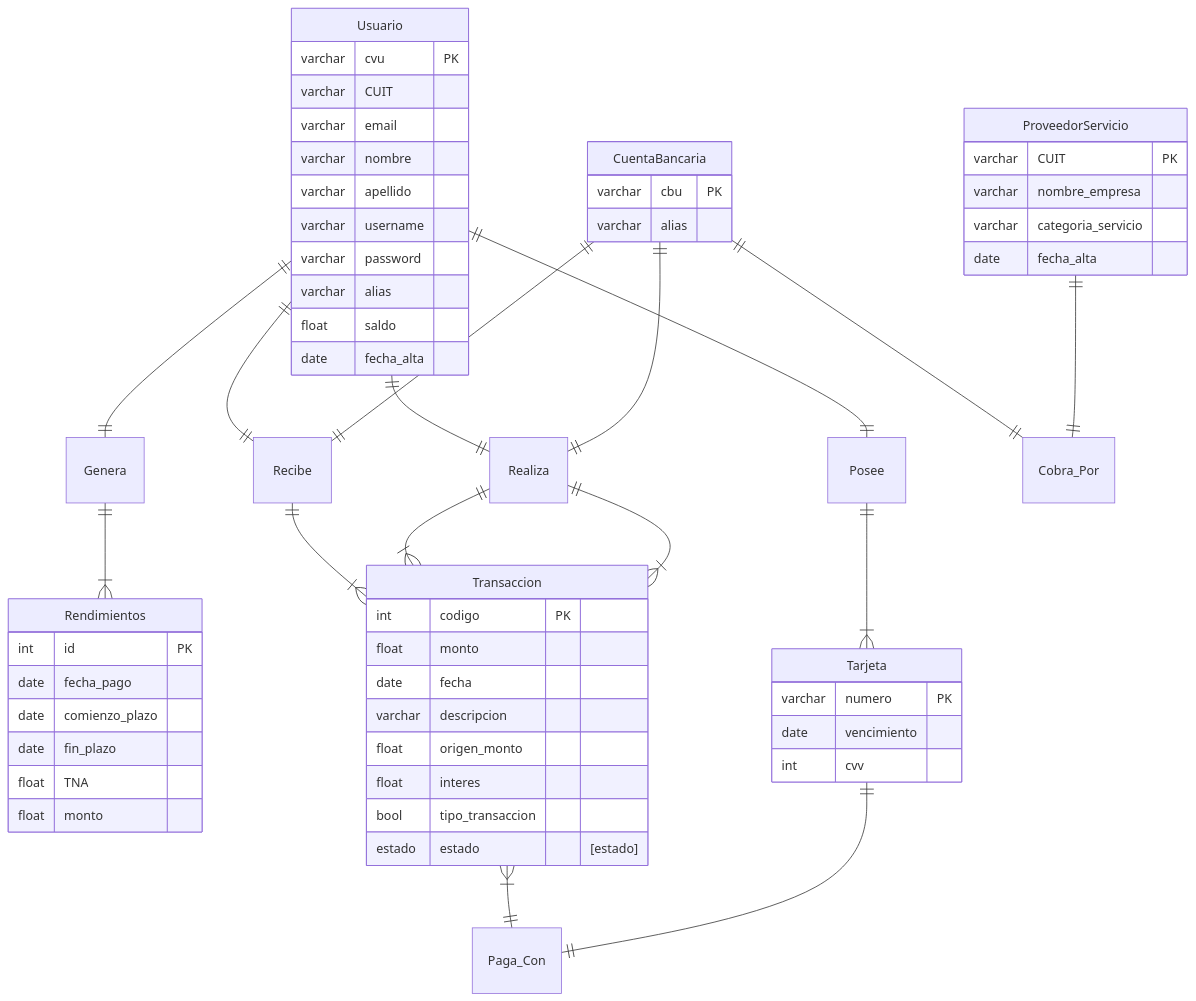
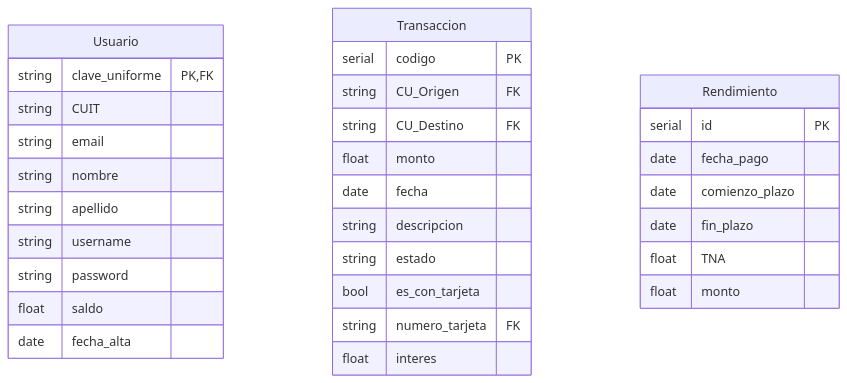
One commit to IgnacioPardo/TP1_TDVII changed the first of 3 diagrams in modelo.md. Above: the diagram before and after it, drawn with Mermaid. The commit also changed other lines of this file and 2 other files, not shown here.

````diff
--- a/modelo.md
+++ b/modelo.md
@@ -110,87 +117,37 @@
-```mermaid
-
+``` mermaid
 erDiagram
 
-Usuario ||--|| Genera : ""
-Usuario ||--|| Recibe : ""
-Usuario ||--|| Realiza : ""
-Usuario ||--|| Posee : ""
-
-Genera  ||--|{ Rendimientos : ""
-
-Recibe  ||--|{ Transaccion : ""
-Realiza ||--|{ Transaccion : ""
-
-Posee ||--|{ Tarjeta : ""
-
-Transaccion }|--|| Paga_Con : ""
-Tarjeta ||--|| Paga_Con : ""
-
-CuentaBancaria ||--|| Realiza : ""
-CuentaBancaria ||--|| Recibe : ""
-
-Realiza ||--|{ Transaccion : ""
-
-CuentaBancaria ||--|| Cobra_Por : ""
-ProveedorServicio ||--|| Cobra_Por : ""
-
-
-
-    Genera
-    Realiza
-    Recibe
-    Paga_Con
-    Cobra_Por
-    
-
-    Usuario{
-        varchar cvu PK
-        varchar CUIT
-        varchar email
-        varchar nombre
-        varchar apellido
-        varchar username
-        varchar password
-        varchar alias
+    Usuario {
+        string clave_uniforme PK, FK
+        string CUIT
+        string email
+        string nombre
+        string apellido
+        string username
+        string password
         float saldo
         date fecha_alta
     }
 
-    Rendimientos{
-        int id PK
+    Transaccion {
+        serial codigo PK
+        string CU_Origen FK
+        string CU_Destino FK
+        float monto
+        date fecha
+        string descripcion
+        string estado
+        bool es_con_tarjeta
+        string numero_tarjeta FK
+        float interes
+    }
+
+    Rendimiento {
+        serial id PK
         date fecha_pago
         date comienzo_plazo
         date fin_plazo
         float TNA
         float monto
     }
-
-    Transaccion{
-        int codigo PK
-        float monto
-        date fecha
-        varchar descripcion
-        float origen_monto
-        float interes
-        bool tipo_transaccion
-        estado estado "[estado]"
-    }
-
-    ProveedorServicio{
-        varchar CUIT PK
-        varchar nombre_empresa
-        varchar categoria_servicio
-        date fecha_alta
-    }
-
-    CuentaBancaria{
-        varchar cbu PK
-        varchar alias
-    }
-
-    Tarjeta{
-        varchar numero PK
-        date vencimiento
-        int cvv
-    }
 ```
````
